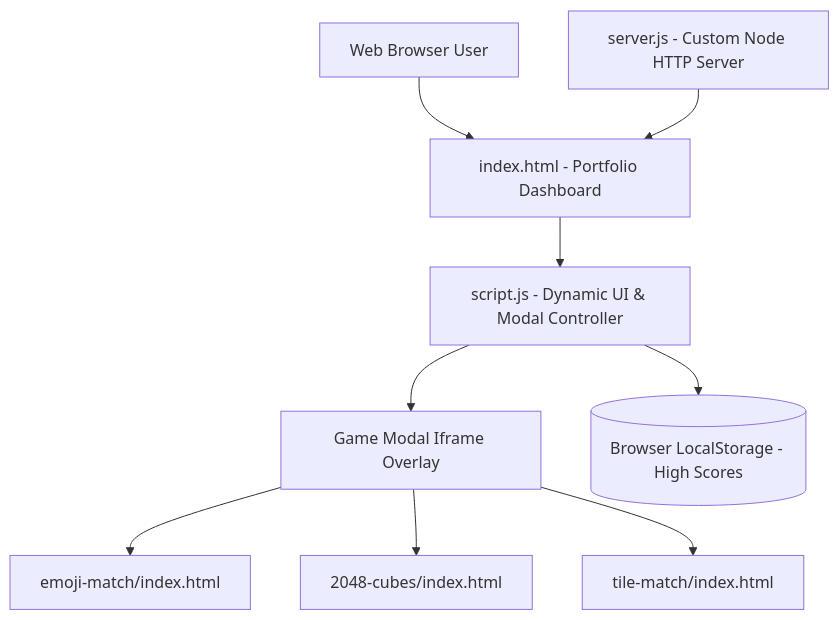
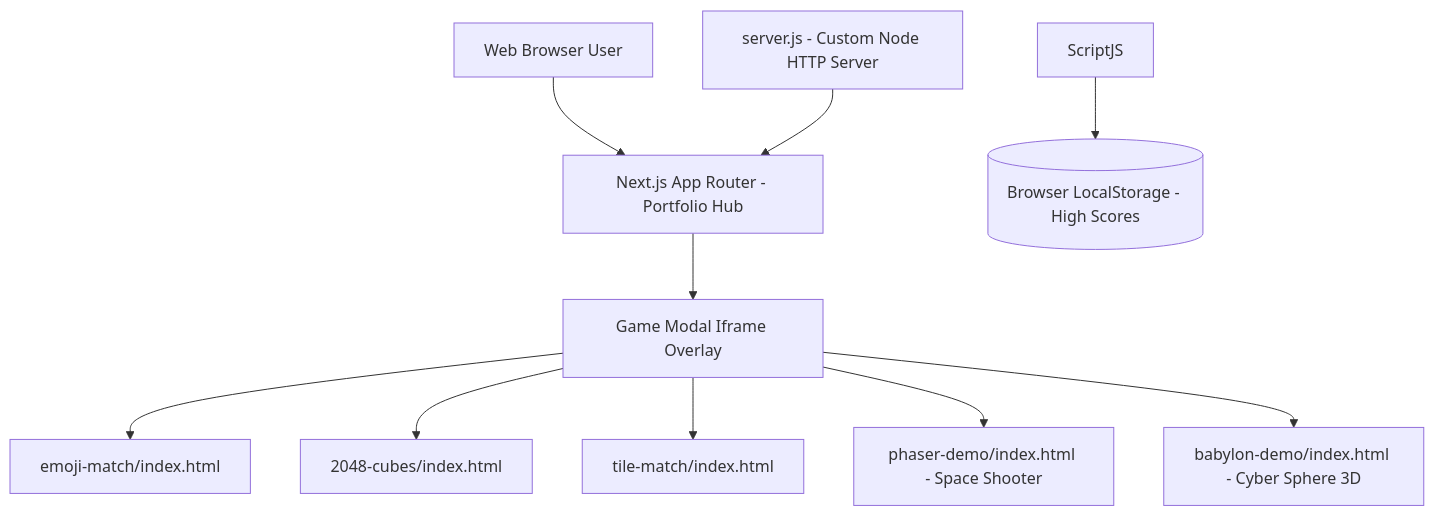
The diagram in docs/gdd/00-concept.md (nopponaim603/webJS), drawn with Mermaid before and after one commit. The commit also changed other lines of this file and 12 other files, not shown here.

Commit message:
feat: implement game documentation structure and add reusable GameModal component with Phaser integration demo

````diff
--- a/docs/gdd/00-concept.md
+++ b/docs/gdd/00-concept.md
@@ -40,12 +42,13 @@
 ```mermaid
 graph TD
-    User[Web Browser User] --> IndexHTML[index.html - Portfolio Dashboard]
-    IndexHTML --> ScriptJS[script.js - Dynamic UI & Modal Controller]
-    ScriptJS --> Modal[Game Modal Iframe Overlay]
+    User[Web Browser User] --> IndexHTML[Next.js App Router - Portfolio Hub]
+    IndexHTML --> Modal[Game Modal Iframe Overlay]
     Modal --> G1[emoji-match/index.html]
     Modal --> G2[2048-cubes/index.html]
     Modal --> G3[tile-match/index.html]
+    Modal --> G4[phaser-demo/index.html - Space Shooter]
+    Modal --> G5[babylon-demo/index.html - Cyber Sphere 3D]
     
     ScriptJS --> LocalStorage[(Browser LocalStorage - High Scores)]
     NodeServer[server.js - Custom Node HTTP Server] --> IndexHTML
 ```
````
